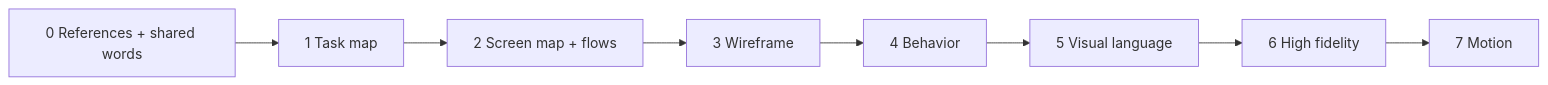
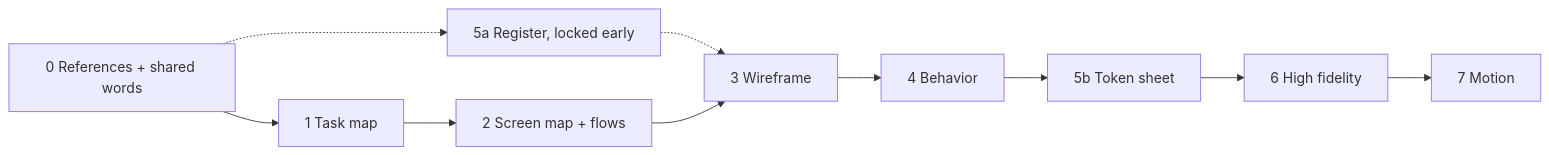
Before and after one commit to BeOjefe/cgspec: the fifth of 10 diagrams in docs/METHOD-v2.md, drawn with Mermaid. The commit also changed other lines of this file and 22 other files, not shown here.

````diff
--- a/docs/METHOD-v2.md
+++ b/docs/METHOD-v2.md
@@ -202,10 +202,12 @@
 ```mermaid
 flowchart LR
   L0[0 References + shared words] --> L1[1 Task map]
   L1 --> L2[2 Screen map + flows]
+  L0 -.-> R[5a Register, locked early]
+  R -.-> L3
   L2 --> L3[3 Wireframe]
   L3 --> L4[4 Behavior]
-  L4 --> L5[5 Visual language]
+  L4 --> L5[5b Token sheet]
   L5 --> L6[6 High fidelity]
   L6 --> L7[7 Motion]
 ```
````
